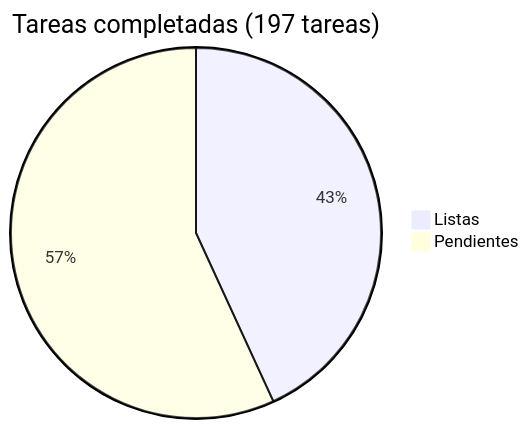
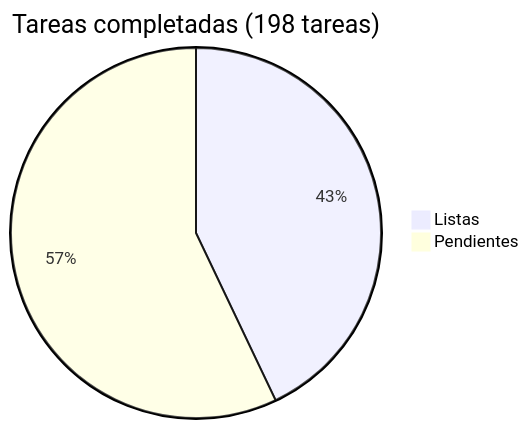
The diagram in docs/roadmap/README.md (araguaney-lat/araguaney), drawn with Mermaid before and after one commit. The commit also changed other lines of this file and 1 other file, not shown here.

Commit message:
docs: add collapsible sidebar task — icon-only mode with localStorage persistence

````diff
--- a/docs/roadmap/README.md
+++ b/docs/roadmap/README.md
@@ -5,5 +5,5 @@
 ```mermaid
-pie title Tareas completadas (197 tareas)
+pie title Tareas completadas (198 tareas)
     "Listas" : 85
-    "Pendientes" : 112
+    "Pendientes" : 113
 ```
````
